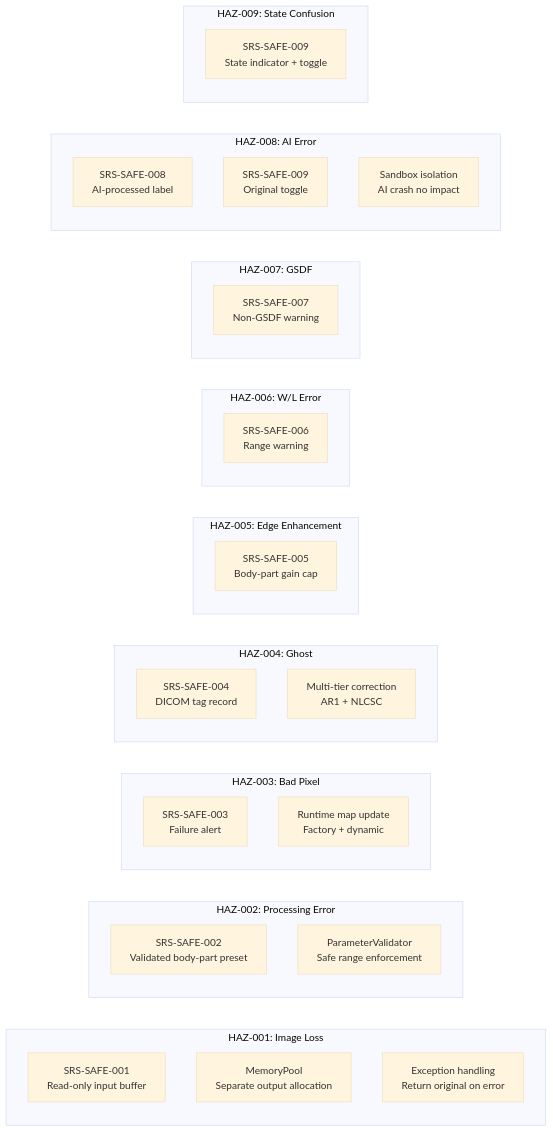
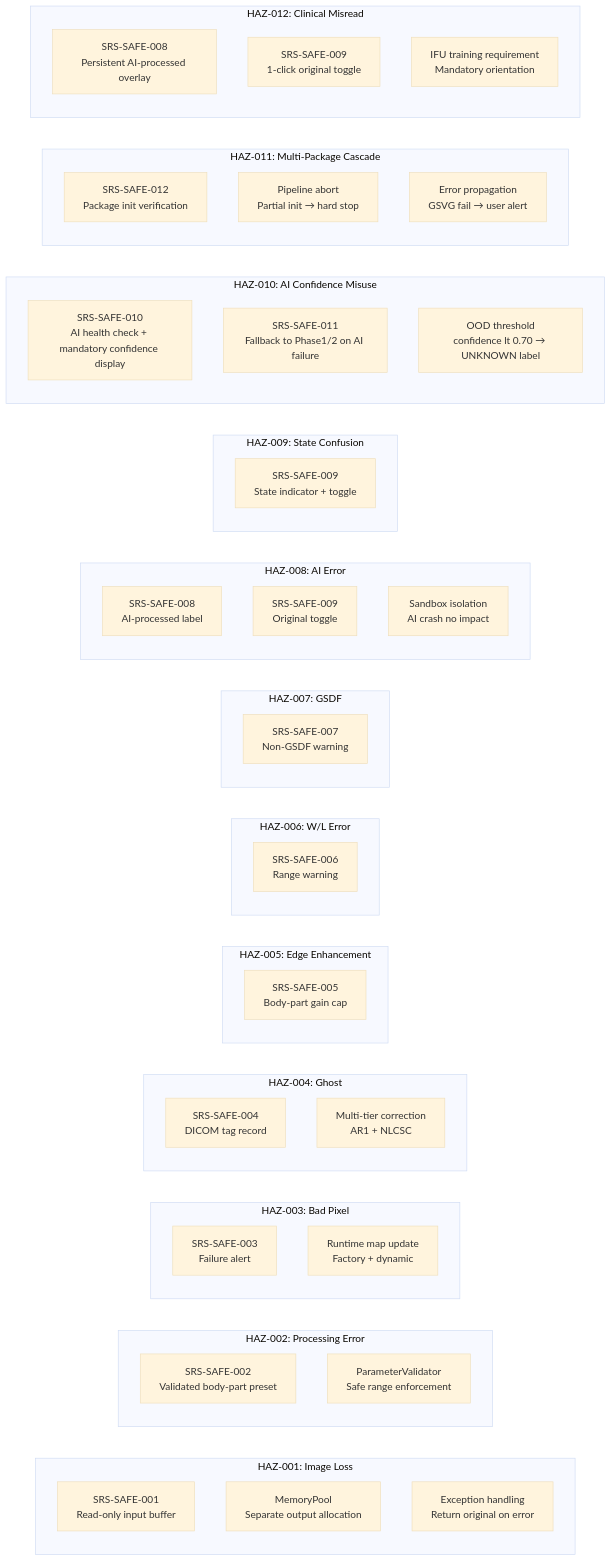
Before and after one commit to holee9/image-processing: the diagram in docs/post-processing/xpe/XPE-SHA-001_Software_Hazard_Analysis.md, drawn with Mermaid (base theme). The commit also changed other lines of this file and 10 other files, not shown here.

````diff
--- a/docs/post-processing/xpe/XPE-SHA-001_Software_Hazard_Analysis.md
+++ b/docs/post-processing/xpe/XPE-SHA-001_Software_Hazard_Analysis.md
@@ -150,45 +187,63 @@
 ```mermaid
 graph LR
     subgraph "HAZ-001: Image Loss"
         RC1A[SRS-SAFE-001<br/>Read-only input buffer]
         RC1B[MemoryPool<br/>Separate output allocation]
         RC1C[Exception handling<br/>Return original on error]
     end
 
     subgraph "HAZ-002: Processing Error"
         RC2A[SRS-SAFE-002<br/>Validated body-part preset]
         RC2B[ParameterValidator<br/>Safe range enforcement]
     end
 
     subgraph "HAZ-003: Bad Pixel"
         RC3A[SRS-SAFE-003<br/>Failure alert]
         RC3B[Runtime map update<br/>Factory + dynamic]
     end
 
     subgraph "HAZ-004: Ghost"
         RC4A[SRS-SAFE-004<br/>DICOM tag record]
         RC4B[Multi-tier correction<br/>AR1 + NLCSC]
     end
 
     subgraph "HAZ-005: Edge Enhancement"
         RC5[SRS-SAFE-005<br/>Body-part gain cap]
     end
 
     subgraph "HAZ-006: W/L Error"
         RC6[SRS-SAFE-006<br/>Range warning]
     end
 
     subgraph "HAZ-007: GSDF"
         RC7[SRS-SAFE-007<br/>Non-GSDF warning]
     end
 
     subgraph "HAZ-008: AI Error"
         RC8A[SRS-SAFE-008<br/>AI-processed label]
         RC8B[SRS-SAFE-009<br/>Original toggle]
         RC8C[Sandbox isolation<br/>AI crash no impact]
     end
 
     subgraph "HAZ-009: State Confusion"
         RC9[SRS-SAFE-009<br/>State indicator + toggle]
     end
+
+    subgraph "HAZ-010: AI Confidence Misuse"
+        RC10A[SRS-SAFE-010<br/>AI health check + mandatory confidence display]
+        RC10B[SRS-SAFE-011<br/>Fallback to Phase1/2 on AI failure]
+        RC10C[OOD threshold<br/>confidence lt 0.70 → UNKNOWN label]
+    end
+
+    subgraph "HAZ-011: Multi-Package Cascade"
+        RC11A[SRS-SAFE-012<br/>Package init verification]
+        RC11B[Pipeline abort<br/>Partial init → hard stop]
+        RC11C[Error propagation<br/>GSVG fail → user alert]
+    end
+
+    subgraph "HAZ-012: Clinical Misread"
+        RC12A[SRS-SAFE-008<br/>Persistent AI-processed overlay]
+        RC12B[SRS-SAFE-009<br/>1-click original toggle]
+        RC12C[IFU training requirement<br/>Mandatory orientation]
+    end
 ```
````
